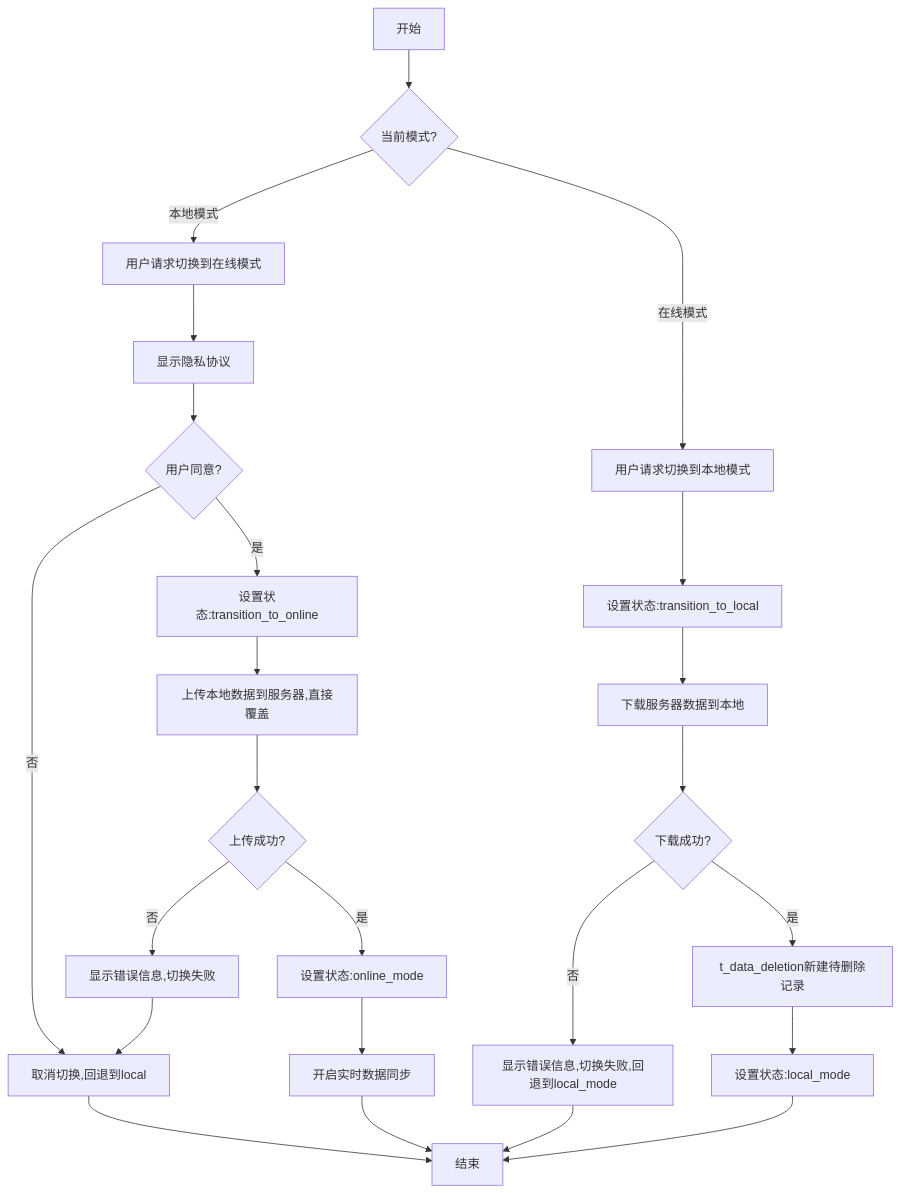
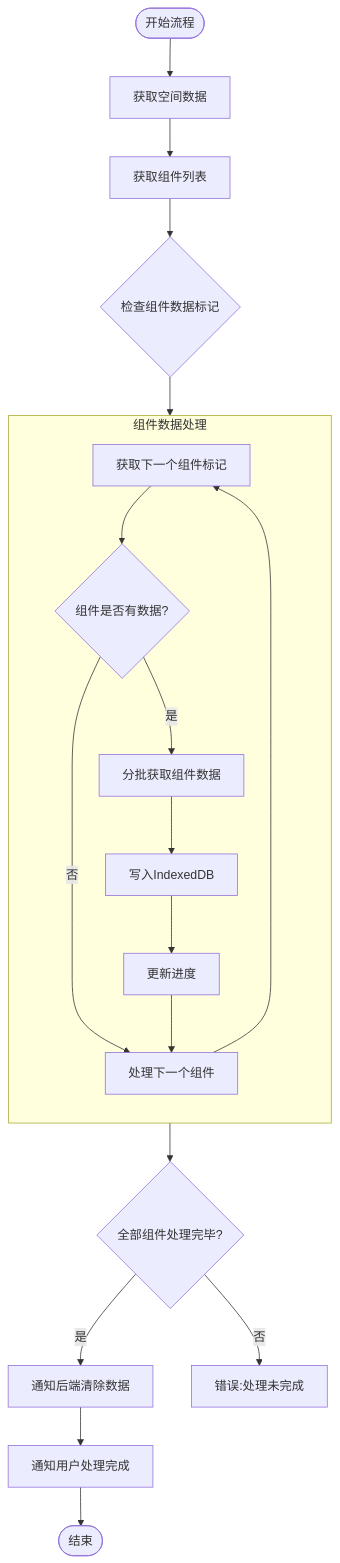
The diagram in all/未命名-56.md (yingjianzh/iodraw-files), drawn with Mermaid before and after one commit.

Commit message:
2025-05-12 10:11:43 update

````diff
--- a/all/未命名-56.md
+++ b/all/未命名-56.md
@@ -1,33 +1,29 @@
 ```mermaid
 
-
 flowchart TD
-    A[开始] --> B{当前模式?}
+    Start([开始流程]) --> FetchSpaceData[获取空间数据]
     
-    B -->|本地模式| C[用户请求切换到在线模式]
-    C --> F[显示隐私协议]
-    F --> G{用户同意?}
-    G -->|否| H[取消切换,回退到local]
-    H --> Z[结束]
-    G -->|是| I[设置状态:transition_to_online]
-    I --> O[上传本地数据到服务器,直接覆盖]
-    O --> P{上传成功?}
-    P -->|否| Q[显示错误信息,切换失败]
-    Q --> H
-    P -->|是| R[设置状态:online_mode]
-    R --> S[开启实时数据同步]
-    S --> Z
+    FetchSpaceData --> FetchComponentList[获取组件列表]
+    FetchComponentList --> CheckComponentData{检查组件数据标记}
     
-    B -->|在线模式| T[用户请求切换到本地模式]
-    T --> U[设置状态:transition_to_local]
-    U --> X[下载服务器数据到本地]
-    X --> Y{下载成功?}
-    Y -->|否| AA2[显示错误信息,切换失败,回退到local_mode]
-    AA2 --> Z
-    Y -->|是| AB2[t_data_deletion新建待删除记录]
-
-
-    AB2 -->AE[设置状态:local_mode]
-    AE --> Z
+    subgraph ComponentProcess [组件数据处理]
+        direction TB
+        A[获取下一个组件标记] --> B{组件是否有数据?}
+        B -->|否| NextComponent[处理下一个组件]
+        B -->|是| C[分批获取组件数据]
+        C --> D[写入IndexedDB]
+        D --> UpdateProgress[更新进度]
+        UpdateProgress --> NextComponent
+        NextComponent --> A
+    end
+    
+    CheckComponentData --> ComponentProcess
+    ComponentProcess --> AllComponentsProcessed{全部组件处理完毕?}
+    
+    AllComponentsProcessed -->|是| ClearServerData[通知后端清除数据]
+    AllComponentsProcessed -->|否| Error3[错误:处理未完成]
+    
+    ClearServerData --> CompletionNotification[通知用户处理完成]
+    CompletionNotification --> End([结束])
 
 ```
````
